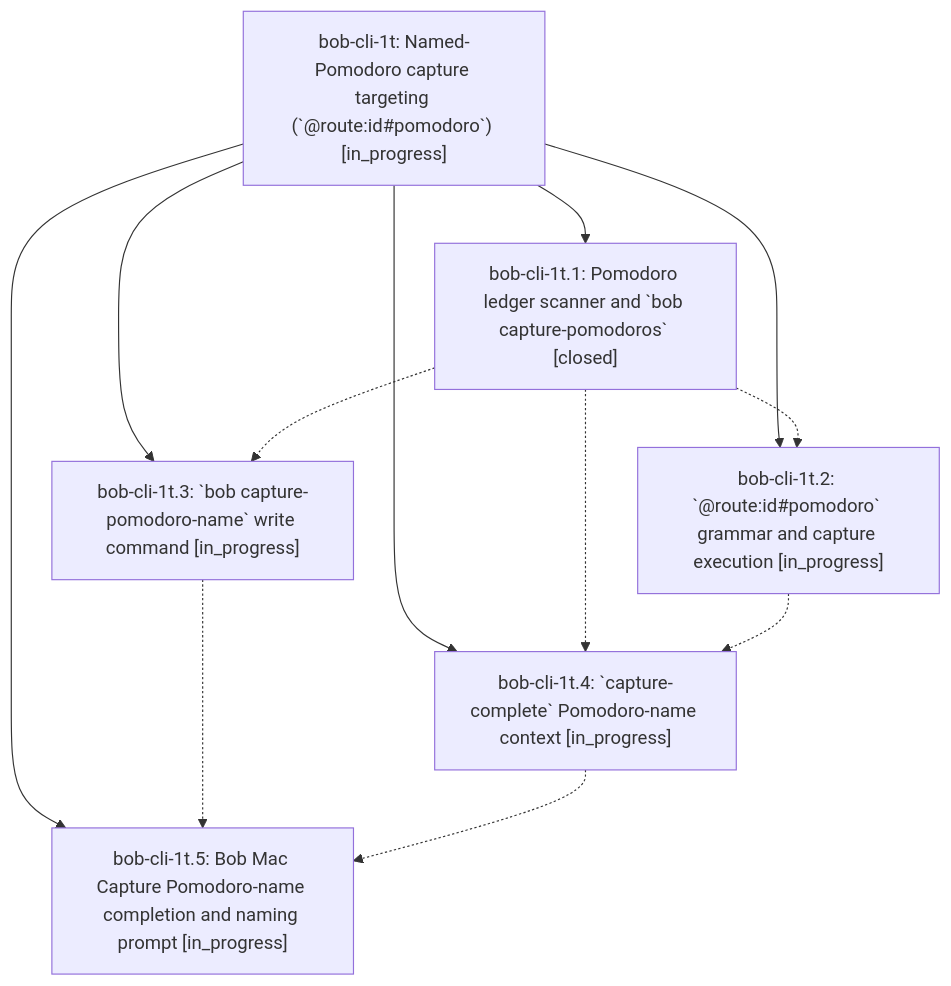
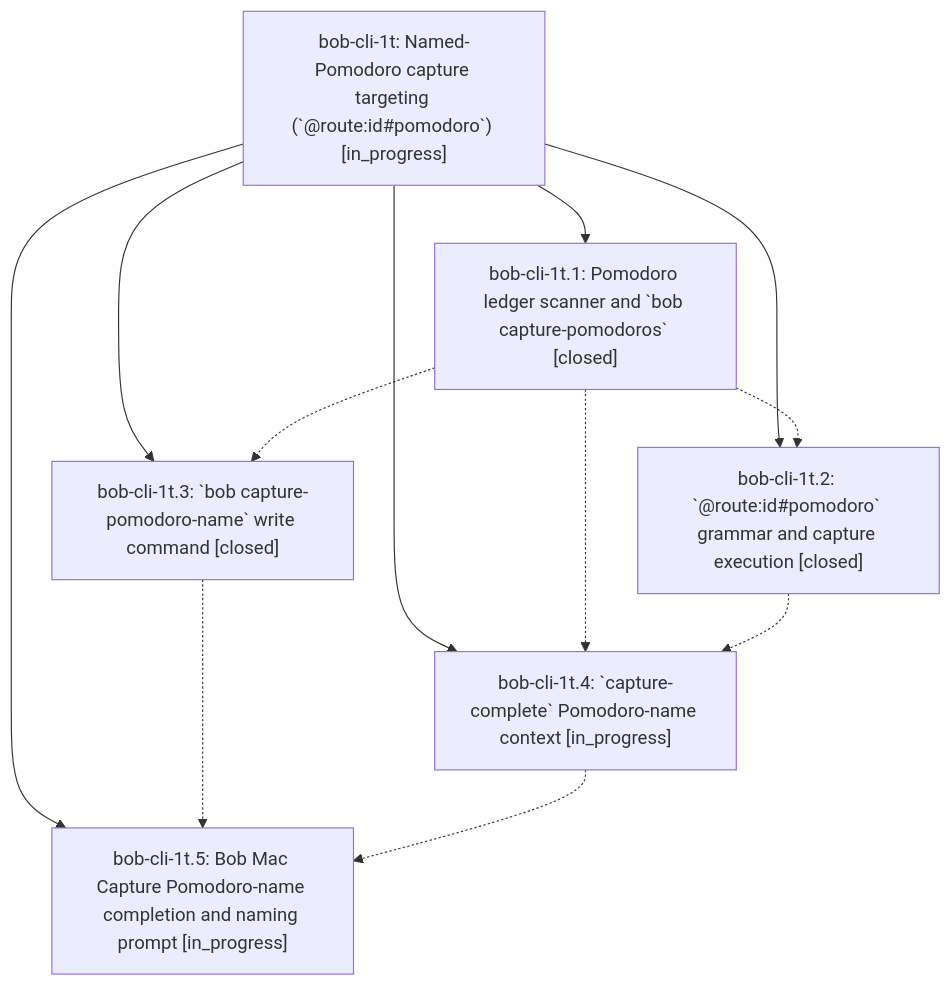
The diagram in pages/bob-cli-1t/README.md (bobs-org/bob-cli--beads), drawn with Mermaid before and after one commit. The commit also changed other lines of this file and 5 other files, not shown here.

First line of the commit message:
chore(beads): sync bead state and pages for bob-cli-1t

````diff
--- a/pages/bob-cli-1t/README.md
+++ b/pages/bob-cli-1t/README.md
@@ -38,20 +38,20 @@
 ```mermaid
 flowchart TD
     n0["bob-cli-1t: Named-Pomodoro capture targeting (`@route:id#pomodoro`) [in_progress]"]
     n1["bob-cli-1t.1: Pomodoro ledger scanner and `bob capture-pomodoros` [closed]"]
-    n2["bob-cli-1t.2: `@route:id#pomodoro` grammar and capture execution [in_progress]"]
-    n3["bob-cli-1t.3: `bob capture-pomodoro-name` write command [in_progress]"]
+    n2["bob-cli-1t.2: `@route:id#pomodoro` grammar and capture execution [closed]"]
+    n3["bob-cli-1t.3: `bob capture-pomodoro-name` write command [closed]"]
     n4["bob-cli-1t.4: `capture-complete` Pomodoro-name context [in_progress]"]
     n5["bob-cli-1t.5: Bob Mac Capture Pomodoro-name completion and naming prompt [in_progress]"]
     n0 --> n1
     n0 --> n2
     n0 --> n3
     n0 --> n4
     n0 --> n5
     n1 -.-> n2
     n1 -.-> n3
     n1 -.-> n4
     n2 -.-> n4
     n3 -.-> n5
     n4 -.-> n5
 ```
````
